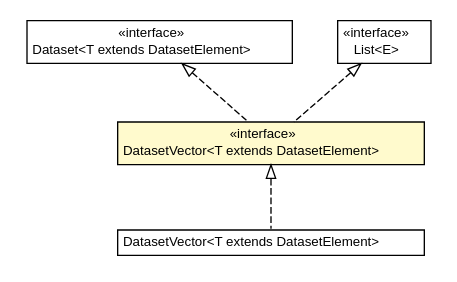
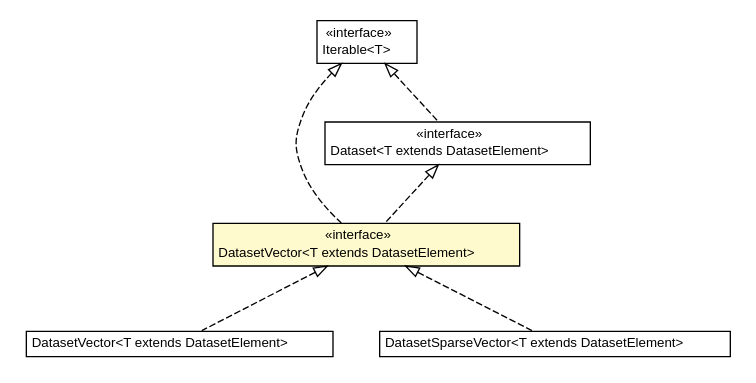
Before and after one commit to UnicaLabs-CS/Foresee: the diagram in docs/it/unica/foresee/datasets/interfaces/DatasetVector.dot, drawn with Graphviz. The commit also changed 175 other files, not shown here.

Commit message:
Updated movielens to an efficient sparse vector data structure, added more dataset element and dataset structures, updated configuration for makefiles, improved experience for windows users, updated documentation, updated configuration script

```diff
--- a/docs/it/unica/foresee/datasets/interfaces/DatasetVector.dot
+++ b/docs/it/unica/foresee/datasets/interfaces/DatasetVector.dot
@@ -1,45 +1,55 @@
 #!/usr/local/bin/dot
 #
 # Class diagram 
 # Generated by UMLGraph version 5.2 (http://www.umlgraph.org/)
 #
 
 digraph G {
 	edge [fontname="Helvetica",fontsize=10,labelfontname="Helvetica",labelfontsize=10];
 	node [fontname="Helvetica",fontsize=10,shape=plaintext];
 	nodesep=0.25;
 	ranksep=0.5;
 	// it.unica.foresee.datasets.interfaces.DatasetVector<T extends it.unica.foresee.datasets.interfaces.DatasetElement>
-	c587 [label=<<table title="it.unica.foresee.datasets.interfaces.DatasetVector" border="0" cellborder="1" cellspacing="0" cellpadding="2" port="p" bgcolor="lemonChiffon" href="./DatasetVector.html">
+	c634 [label=<<table title="it.unica.foresee.datasets.interfaces.DatasetVector" border="0" cellborder="1" cellspacing="0" cellpadding="2" port="p" bgcolor="lemonChiffon" href="./DatasetVector.html">
 		<tr><td><table border="0" cellspacing="0" cellpadding="1">
 <tr><td align="center" balign="center"> &#171;interface&#187; </td></tr>
 <tr><td align="center" balign="center"> DatasetVector&lt;T extends DatasetElement&gt; </td></tr>
 		</table></td></tr>
 		</table>>, fontname="Helvetica", fontcolor="black", fontsize=10.0];
 	// it.unica.foresee.datasets.interfaces.Dataset<T extends it.unica.foresee.datasets.interfaces.DatasetElement>
-	c590 [label=<<table title="it.unica.foresee.datasets.interfaces.Dataset" border="0" cellborder="1" cellspacing="0" cellpadding="2" port="p" href="./Dataset.html">
+	c638 [label=<<table title="it.unica.foresee.datasets.interfaces.Dataset" border="0" cellborder="1" cellspacing="0" cellpadding="2" port="p" href="./Dataset.html">
 		<tr><td><table border="0" cellspacing="0" cellpadding="1">
 <tr><td align="center" balign="center"> &#171;interface&#187; </td></tr>
 <tr><td align="center" balign="center"> Dataset&lt;T extends DatasetElement&gt; </td></tr>
 		</table></td></tr>
 		</table>>, fontname="Helvetica", fontcolor="black", fontsize=10.0];
 	// it.unica.foresee.datasets.DatasetVector<T extends it.unica.foresee.datasets.interfaces.DatasetElement>
-	c593 [label=<<table title="it.unica.foresee.datasets.DatasetVector" border="0" cellborder="1" cellspacing="0" cellpadding="2" port="p" href="../DatasetVector.html">
+	c640 [label=<<table title="it.unica.foresee.datasets.DatasetVector" border="0" cellborder="1" cellspacing="0" cellpadding="2" port="p" href="../DatasetVector.html">
 		<tr><td><table border="0" cellspacing="0" cellpadding="1">
 <tr><td align="center" balign="center"> DatasetVector&lt;T extends DatasetElement&gt; </td></tr>
 		</table></td></tr>
 		</table>>, fontname="Helvetica", fontcolor="black", fontsize=10.0];
-	//it.unica.foresee.datasets.interfaces.DatasetVector<T extends it.unica.foresee.datasets.interfaces.DatasetElement> implements java.util.List<E>
-	c621:p -> c587:p [dir=back,arrowtail=empty,style=dashed];
+	// it.unica.foresee.datasets.DatasetSparseVector<T extends it.unica.foresee.datasets.DatasetElement>
+	c645 [label=<<table title="it.unica.foresee.datasets.DatasetSparseVector" border="0" cellborder="1" cellspacing="0" cellpadding="2" port="p" href="../DatasetSparseVector.html">
+		<tr><td><table border="0" cellspacing="0" cellpadding="1">
+<tr><td align="center" balign="center"> DatasetSparseVector&lt;T extends DatasetElement&gt; </td></tr>
+		</table></td></tr>
+		</table>>, fontname="Helvetica", fontcolor="black", fontsize=10.0];
+	//it.unica.foresee.datasets.interfaces.DatasetVector<T extends it.unica.foresee.datasets.interfaces.DatasetElement> implements java.lang.Iterable<T>
+	c670:p -> c634:p [dir=back,arrowtail=empty,style=dashed];
 	//it.unica.foresee.datasets.interfaces.DatasetVector<T extends it.unica.foresee.datasets.interfaces.DatasetElement> implements it.unica.foresee.datasets.interfaces.Dataset<T extends it.unica.foresee.datasets.interfaces.DatasetElement>
-	c590:p -> c587:p [dir=back,arrowtail=empty,style=dashed];
+	c638:p -> c634:p [dir=back,arrowtail=empty,style=dashed];
+	//it.unica.foresee.datasets.interfaces.Dataset<T extends it.unica.foresee.datasets.interfaces.DatasetElement> implements java.lang.Iterable<T>
+	c670:p -> c638:p [dir=back,arrowtail=empty,style=dashed];
 	//it.unica.foresee.datasets.DatasetVector<T extends it.unica.foresee.datasets.interfaces.DatasetElement> implements it.unica.foresee.datasets.interfaces.DatasetVector<T extends it.unica.foresee.datasets.interfaces.DatasetElement>
-	c587:p -> c593:p [dir=back,arrowtail=empty,style=dashed];
-	// java.util.List<E>
-	c621 [label=<<table title="java.util.List" border="0" cellborder="1" cellspacing="0" cellpadding="2" port="p" href="http://java.sun.com/j2se/1.4.2/docs/api/java/util/List.html">
+	c634:p -> c640:p [dir=back,arrowtail=empty,style=dashed];
+	//it.unica.foresee.datasets.DatasetSparseVector<T extends it.unica.foresee.datasets.DatasetElement> implements it.unica.foresee.datasets.interfaces.DatasetVector<T extends it.unica.foresee.datasets.interfaces.DatasetElement>
+	c634:p -> c645:p [dir=back,arrowtail=empty,style=dashed];
+	// java.lang.Iterable<T>
+	c670 [label=<<table title="java.lang.Iterable" border="0" cellborder="1" cellspacing="0" cellpadding="2" port="p" href="http://java.sun.com/j2se/1.4.2/docs/api/java/lang/Iterable.html">
 		<tr><td><table border="0" cellspacing="0" cellpadding="1">
 <tr><td align="center" balign="center"> &#171;interface&#187; </td></tr>
-<tr><td align="center" balign="center"> List&lt;E&gt; </td></tr>
+<tr><td align="center" balign="center"> Iterable&lt;T&gt; </td></tr>
 		</table></td></tr>
 		</table>>, fontname="Helvetica", fontcolor="black", fontsize=10.0];
 }
```
